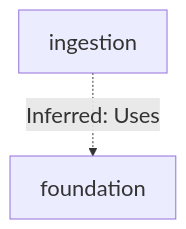
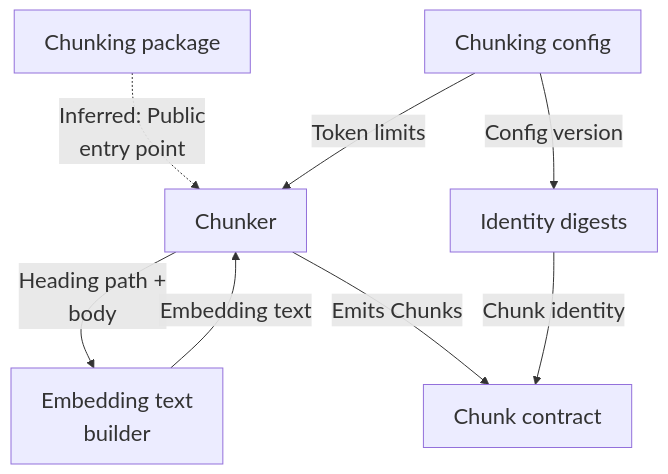
Before and after one commit to Justin-Mendoza/Afterclass: the fifth of 6 diagrams in README.md, drawn with Mermaid. The commit also changed other lines of this file and 88 other files, not shown here.

````diff
--- a/README.md
+++ b/README.md
@@ -65,7 +87,17 @@
 ```mermaid
 %%{init: {"themeVariables": {"fontSize": "22px"}}}%%
 flowchart TD
-  n0["ingestion"]
-  n1["foundation"]
-  n0 -.->|"Inferred: Uses"| n1
+  n0["Chunking package"]
+  n1["Chunker"]
+  n2["Embedding text<br/>builder"]
+  n3["Chunk contract"]
+  n4["Chunking config"]
+  n5["Identity digests"]
+  n0 -.->|"Inferred: Public<br/>entry point"| n1
+  n1 -->|"Heading path +<br/>body"| n2
+  n2 -->|"Embedding text"| n1
+  n4 -->|"Token limits"| n1
+  n1 -->|"Emits Chunks"| n3
+  n5 -->|"Chunk identity"| n3
+  n4 -->|"Config version"| n5
 ```
````
